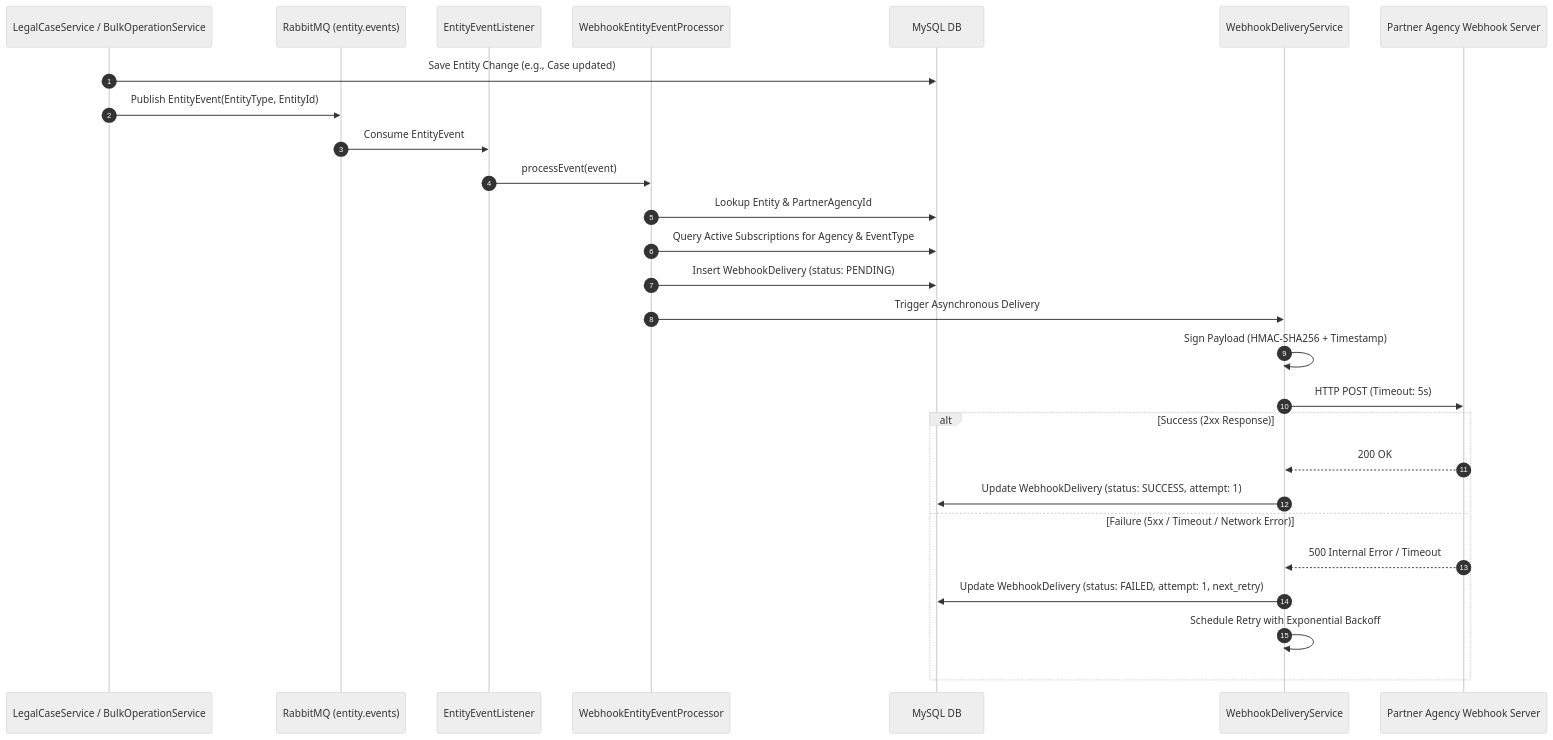
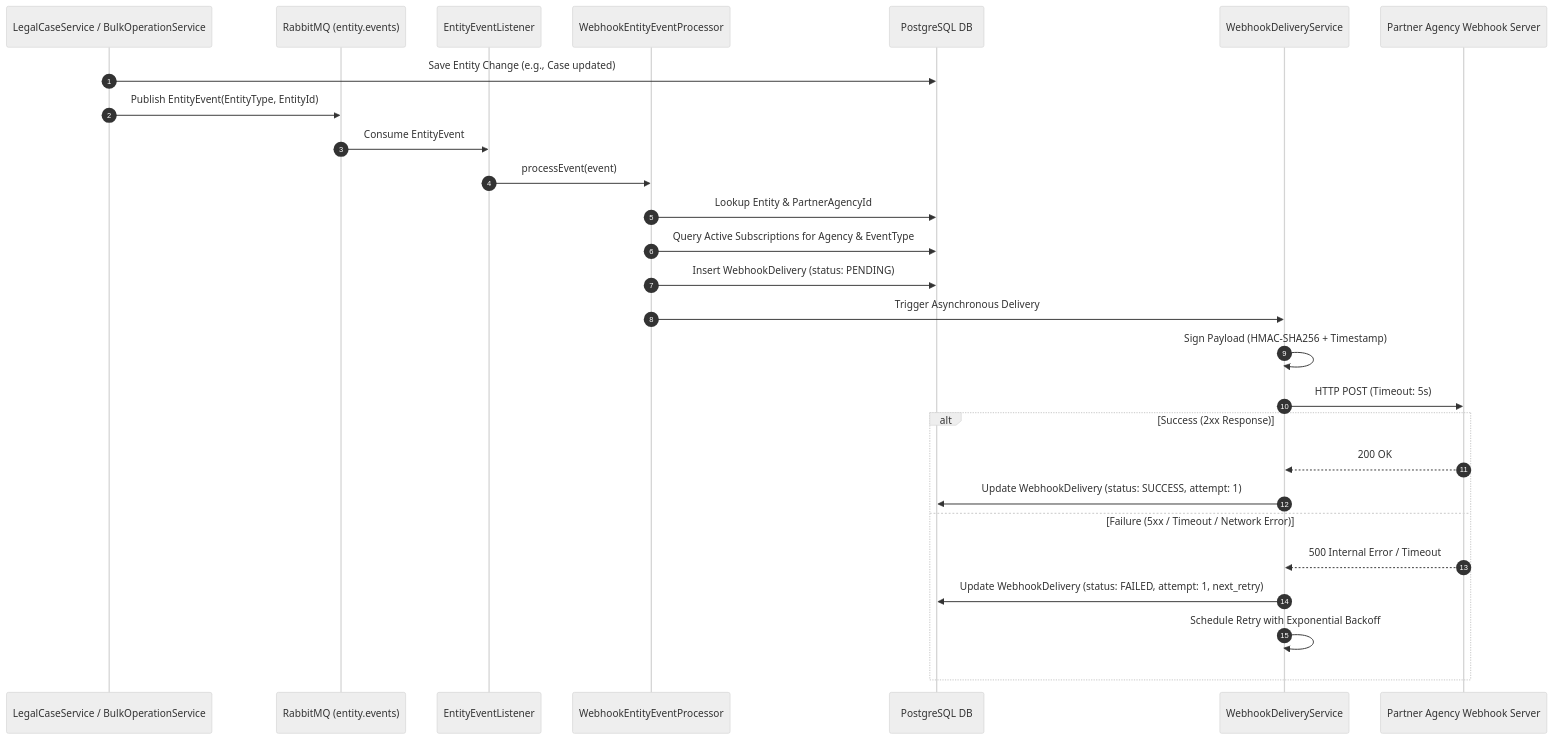
The second of 2 diagrams in apps/tenant-playground-repos/caseforce-legalhub-solutions/specs/01-initial-spec.md (ALNS-Azimute-R-D/darueira-privatecloud-platform), drawn with Mermaid (neutral theme) before and after one commit. The commit also changed other lines of this file and 52 other files, not shown here.

First line of the commit message:
feat(tenant-data): CaseForce on PostgreSQL and decommission tenant-mysql (ADR-0018)

````diff
--- a/apps/tenant-playground-repos/caseforce-legalhub-solutions/specs/01-initial-spec.md
+++ b/apps/tenant-playground-repos/caseforce-legalhub-solutions/specs/01-initial-spec.md
@@ -262,30 +262,30 @@
 ```mermaid
 sequenceDiagram
     autonumber
     participant App as LegalCaseService / BulkOperationService
     participant RMQ as RabbitMQ (entity.events)
     participant Listener as EntityEventListener
     participant Processor as WebhookEntityEventProcessor
-    participant DB as MySQL DB
+    participant DB as PostgreSQL DB
     participant Engine as WebhookDeliveryService
     participant Target as Partner Agency Webhook Server
 
     App->>DB: Save Entity Change (e.g., Case updated)
     App->>RMQ: Publish EntityEvent(EntityType, EntityId)
     RMQ->>Listener: Consume EntityEvent
     Listener->>Processor: processEvent(event)
     Processor->>DB: Lookup Entity & PartnerAgencyId
     Processor->>DB: Query Active Subscriptions for Agency & EventType
     Processor->>DB: Insert WebhookDelivery (status: PENDING)
     Processor->>Engine: Trigger Asynchronous Delivery
     Engine->>Engine: Sign Payload (HMAC-SHA256 + Timestamp)
     Engine->>Target: HTTP POST (Timeout: 5s)
     alt Success (2xx Response)
         Target-->>Engine: 200 OK
         Engine->>DB: Update WebhookDelivery (status: SUCCESS, attempt: 1)
     else Failure (5xx / Timeout / Network Error)
         Target-->>Engine: 500 Internal Error / Timeout
         Engine->>DB: Update WebhookDelivery (status: FAILED, attempt: 1, next_retry)
         Engine->>Engine: Schedule Retry with Exponential Backoff
     end
 ```
````
